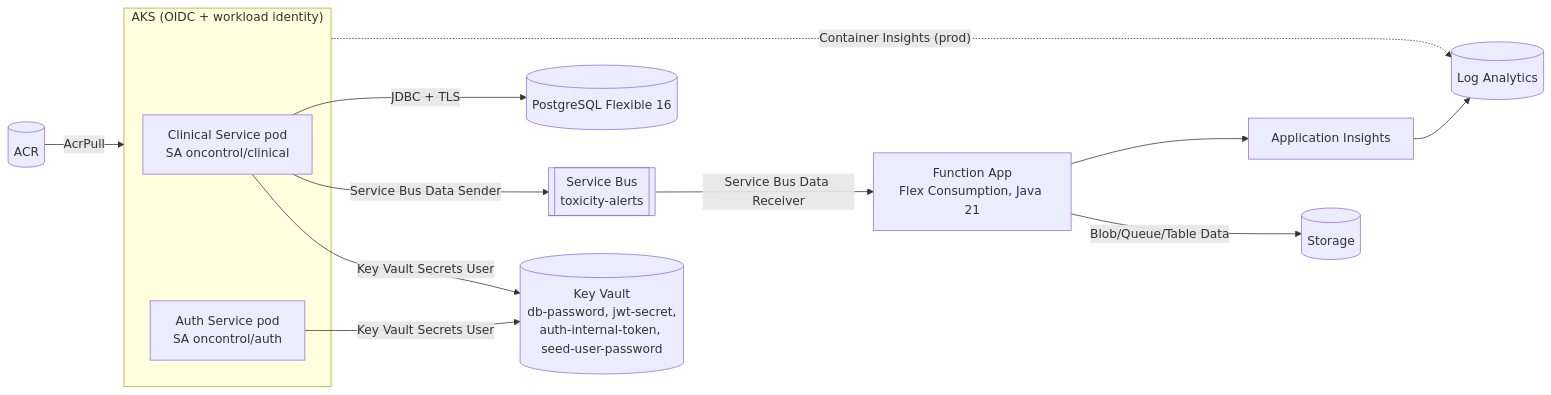
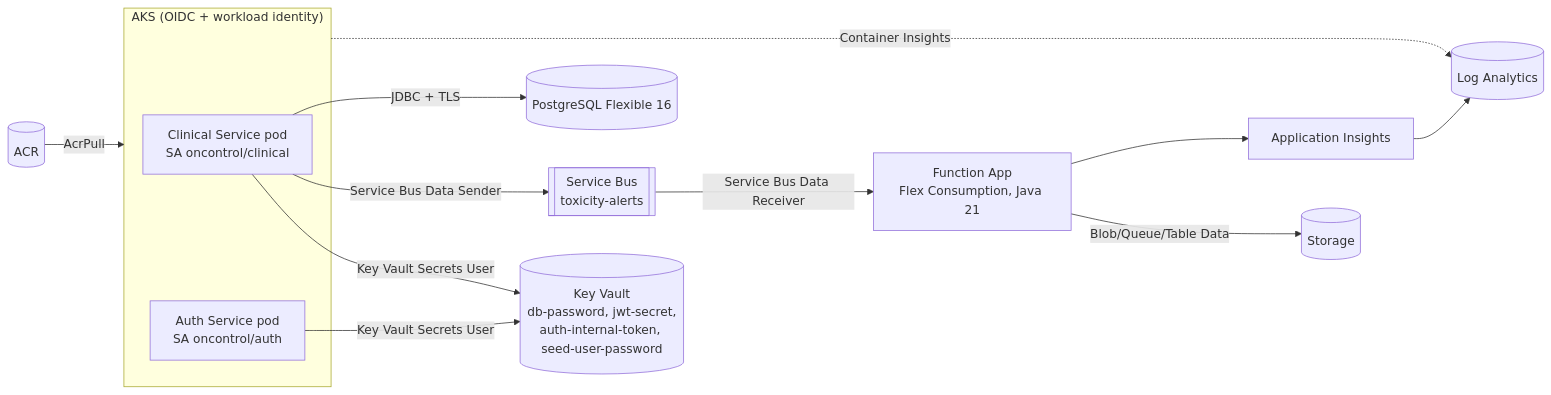
Before and after one commit to OnControl3D-ASF/oncontrol3d-infra: the diagram in docs/iac.md, drawn with Mermaid. The commit also changed other lines of this file and 1 other file, not shown here.

First line of the commit message:
feat(iac): enable Container Insights in dev

````diff
--- a/docs/iac.md
+++ b/docs/iac.md
@@ -25,17 +25,17 @@
 ```mermaid
 flowchart LR
   subgraph AKS["AKS (OIDC + workload identity)"]
     clinical["Clinical Service pod<br/>SA oncontrol/clinical"]
     auth["Auth Service pod<br/>SA oncontrol/auth"]
   end
   ACR[(ACR)] -- AcrPull --> AKS
   clinical -- "Key Vault Secrets User" --> KV[(Key Vault<br/>db-password, jwt-secret,<br/>auth-internal-token, seed-user-password)]
   auth -- "Key Vault Secrets User" --> KV
   clinical -- "Service Bus Data Sender" --> SB[[Service Bus<br/>toxicity-alerts]]
   clinical -- "JDBC + TLS" --> PG[(PostgreSQL Flexible 16)]
   SB -- "Service Bus Data Receiver" --> FN["Function App<br/>Flex Consumption, Java 21"]
   FN -- "Blob/Queue/Table Data" --> ST[(Storage)]
   FN --> AI[Application Insights]
-  AKS -. "Container Insights (prod)" .-> LA[(Log Analytics)]
+  AKS -. "Container Insights" .-> LA[(Log Analytics)]
   AI --> LA
 ```
````
